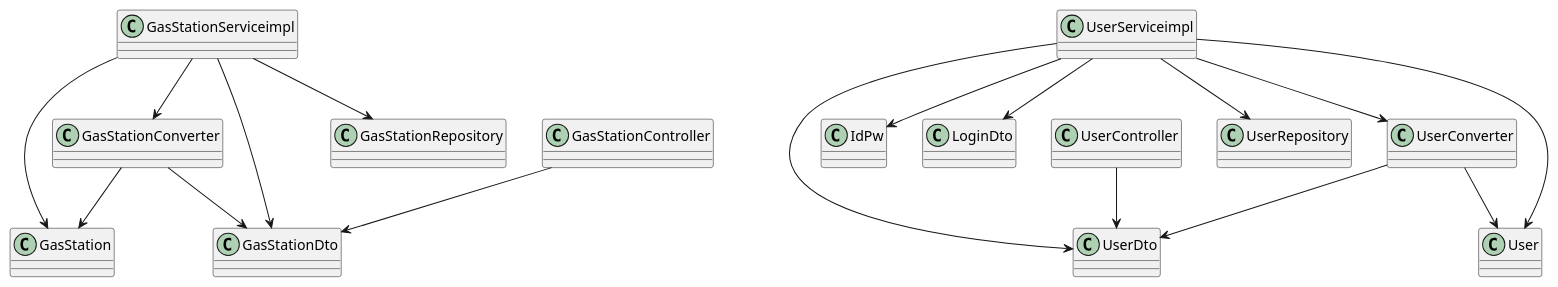
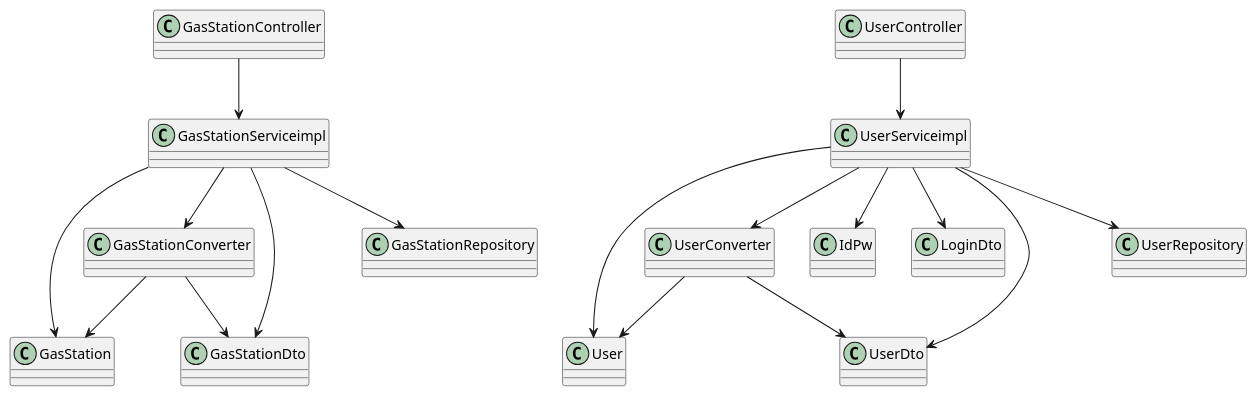
Before and after one commit to HeydarliAtabay/EZgas: the diagram in docs/IntegrationApiTestReport.md, drawn with PlantUML.

````diff
--- a/docs/IntegrationApiTestReport.md
+++ b/docs/IntegrationApiTestReport.md
@@ -26,46 +26,46 @@
 ```plantuml
 @startuml
 
 class User
 class GasStation
 
 class UserDto
 class GasStationDto
 class IdPw
 class LoginDto
 
 class UserConverter
 class GasStationConverter
 
 class GasStationRepository
 class UserRepository
 
 class UserController
 class GasStationController
 
 class UserServiceimpl
 class GasStationServiceimpl
 
 UserConverter -down-> User
 UserConverter -down-> UserDto
 
 GasStationConverter -down-> GasStation
 GasStationConverter -down-> GasStationDto
 
 GasStationServiceimpl -down-> GasStationConverter
 GasStationServiceimpl -> GasStation
 GasStationServiceimpl -> GasStationDto
 GasStationServiceimpl -down-> GasStationRepository
 
 UserServiceimpl -down-> UserConverter
 UserServiceimpl -> User
 UserServiceimpl -> UserDto
 UserServiceimpl -down-> UserRepository
 UserServiceimpl -down-> LoginDto
 UserServiceimpl -down-> IdPw
 
-UserController -down-> UserDto
-GasStationController -down-> GasStationDto
+UserController -down-> UserServiceimpl
+GasStationController -down-> GasStationServiceimpl
 
 @enduml
 ```
````
